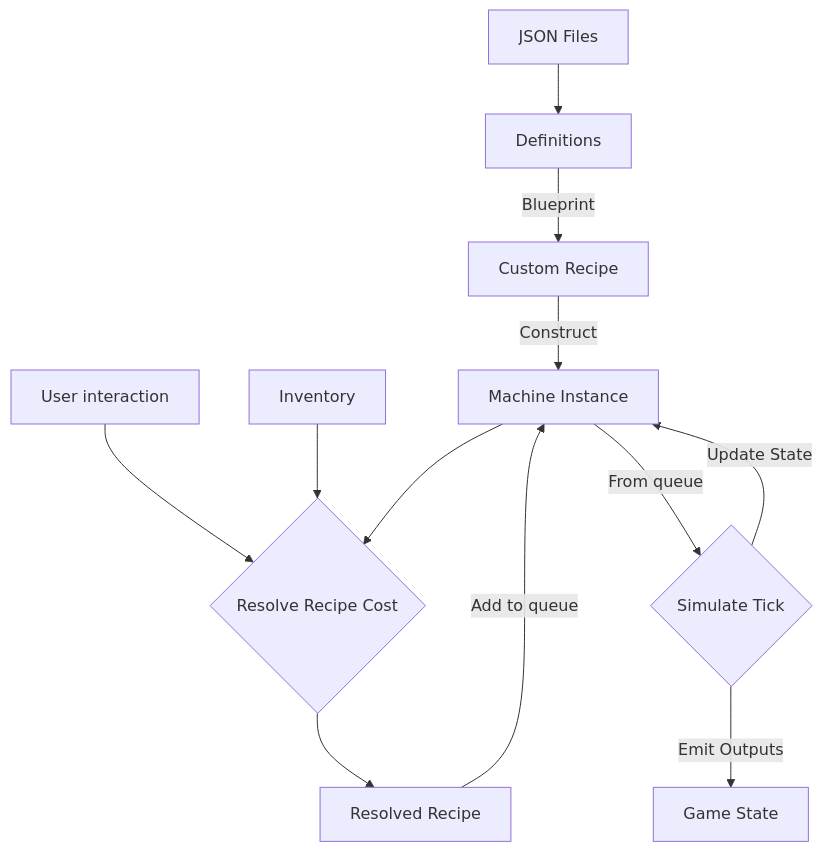
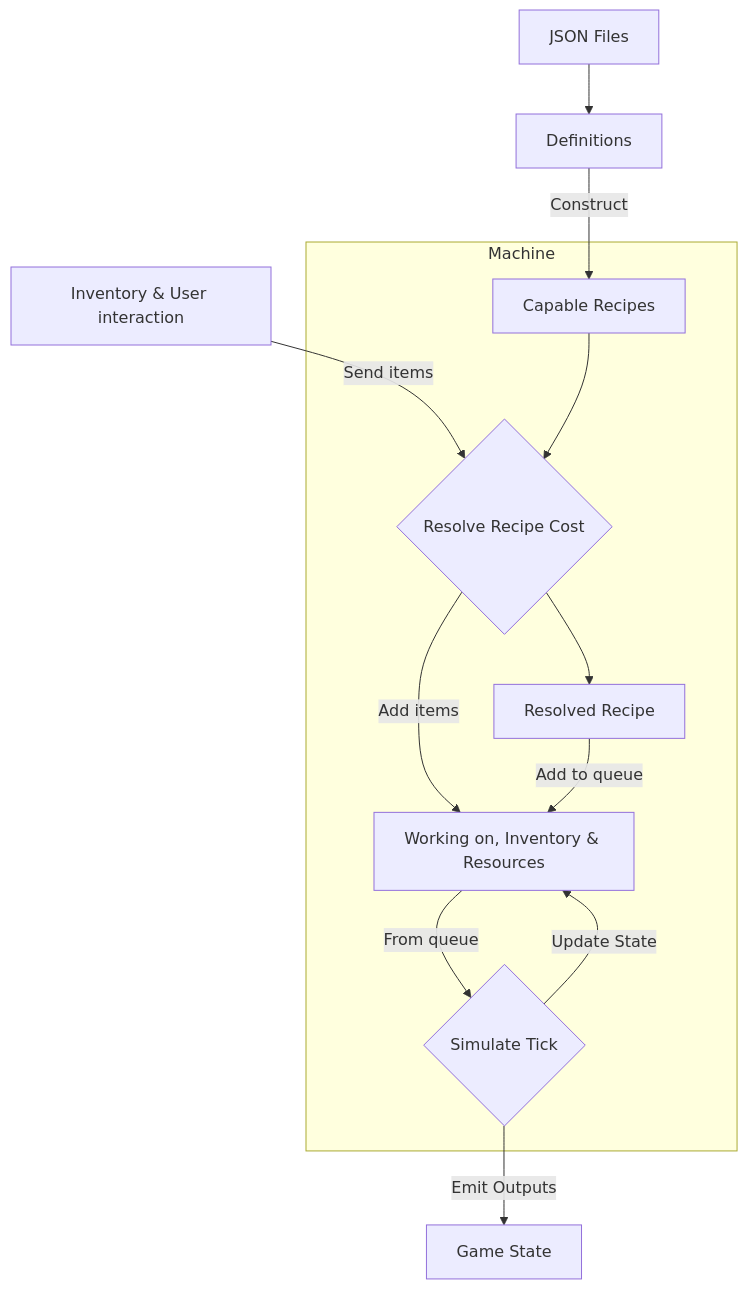
One commit to Soul2606/Grid-machine changed the diagram in docs.md. Above: the diagram before and after it, drawn with Mermaid. The commit also changed other lines of this file and 2 other files, not shown here.

````diff
--- a/docs.md
+++ b/docs.md
@@ -168,20 +121,21 @@
 ```mermaid
 graph TD
 
 A[JSON Files] --> B[Definitions]
 
-B -->|Blueprint| C[Custom Recipe]
-C -->|Construct| D[Machine Instance]
+B -->|Construct| C
 
-UI[User interaction] --> RC
-I[Inventory] --> RC
-D --> RC
+UI[Inventory & User interaction] -->|Send items| RC
 
+subgraph Machine
+C[Capable Recipes] --> RC
 RC{Resolve Recipe Cost} --> R[Resolved Recipe]
+RC -->|Add items| Q
+R -->|Add to queue| Q
+Q[Working on, Inventory & Resources]
+Q -->|From queue| S{Simulate Tick}
+S -->|Update State| Q
+end
 
-R -->|Add to queue| D
-
-D -->|From queue| S{Simulate Tick}
-S -->|Update State| D
 S -->|Emit Outputs| G[Game State]
 ```
````
